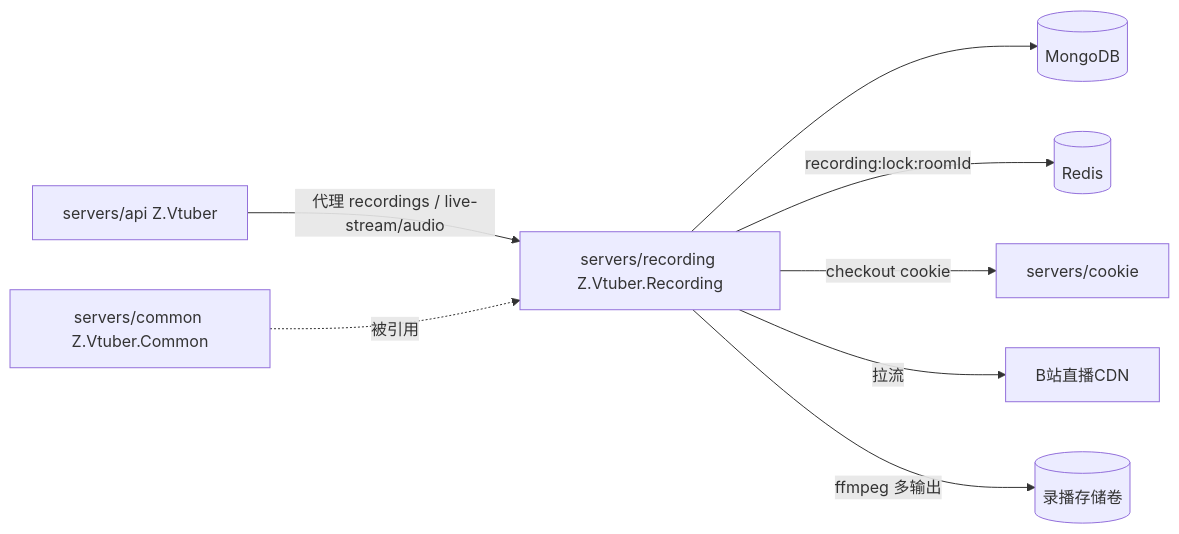
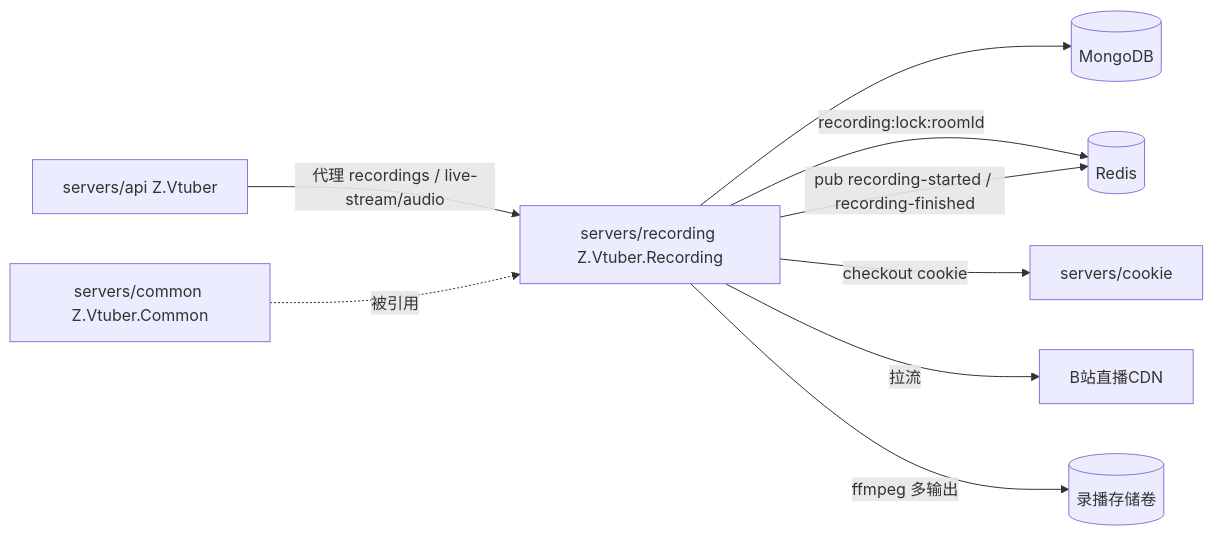
One commit to Deliay/z-vtuber changed the diagram in servers/recording/AGENTS.md. Above: the diagram before and after it, drawn with Mermaid. The commit also changed other lines of this file and 6 other files, not shown here.

````diff
--- a/servers/recording/AGENTS.md
+++ b/servers/recording/AGENTS.md
@@ -14,10 +14,11 @@
 ```mermaid
 graph LR
     API[servers/api Z.Vtuber] -->|代理 recordings / live-stream/audio| REC[servers/recording Z.Vtuber.Recording]
     REC --> M[(MongoDB)]
     REC -->|recording:lock:roomId| R[(Redis)]
+    REC -->|"pub recording-started / recording-finished"| R
     REC -->|checkout cookie| COOKIE[servers/cookie]
     REC -->|拉流| BILI[B站直播CDN]
     REC -->|ffmpeg 多输出| FS[(录播存储卷)]
     Common[servers/common Z.Vtuber.Common] -.被引用.-> REC
 ```
````
